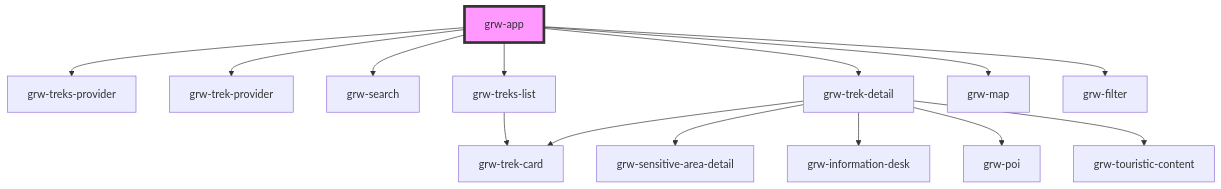
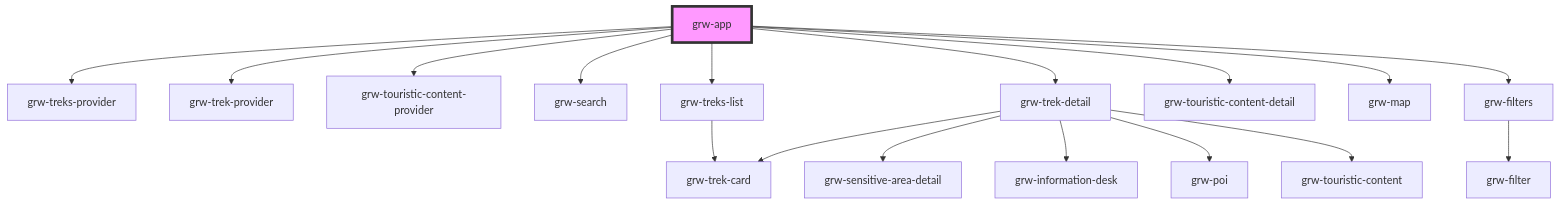
The diagram in src/components/grw-app/readme.md (GeotrekCE/Geotrek-rando-widget), drawn with Mermaid before and after one commit. The commit also changed other lines of this file and 20 other files, not shown here.

Commit message:
improve touristic content

````diff
--- a/src/components/grw-app/readme.md
+++ b/src/components/grw-app/readme.md
@@ -69,17 +64,20 @@
 ```mermaid
 graph TD;
   grw-app --> grw-treks-provider
   grw-app --> grw-trek-provider
+  grw-app --> grw-touristic-content-provider
   grw-app --> grw-search
   grw-app --> grw-treks-list
   grw-app --> grw-trek-detail
+  grw-app --> grw-touristic-content-detail
   grw-app --> grw-map
-  grw-app --> grw-filter
+  grw-app --> grw-filters
   grw-treks-list --> grw-trek-card
   grw-trek-detail --> grw-trek-card
   grw-trek-detail --> grw-sensitive-area-detail
   grw-trek-detail --> grw-information-desk
   grw-trek-detail --> grw-poi
   grw-trek-detail --> grw-touristic-content
+  grw-filters --> grw-filter
   style grw-app fill:#f9f,stroke:#333,stroke-width:4px
 ```
````
